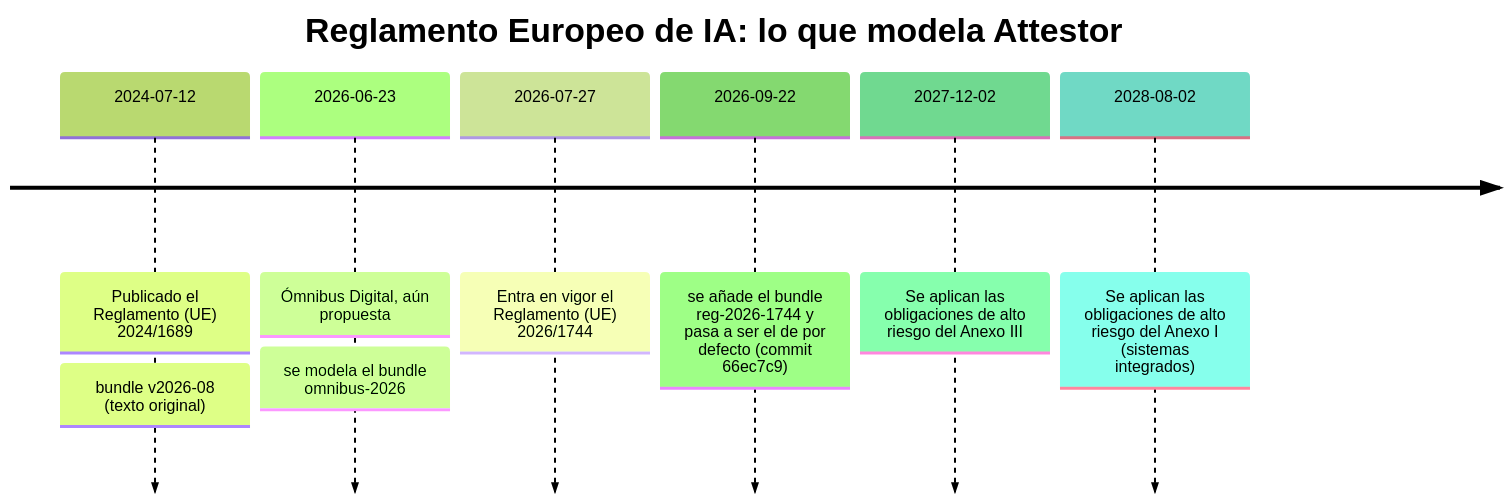
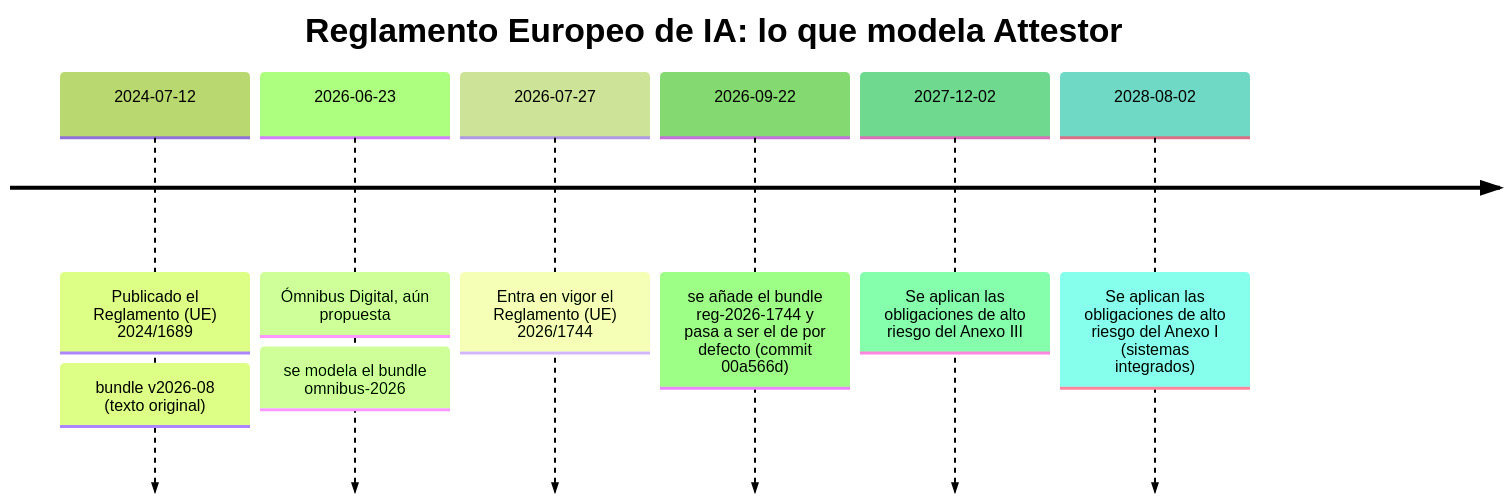
One commit to marcosmatalab/attestor changed the fourth of 4 diagrams in README.es.md. Above: the diagram before and after it, drawn with Mermaid (forest theme). The commit also changed other lines of this file and 7 other files, not shown here.

````diff
--- a/README.es.md
+++ b/README.es.md
@@ -282,10 +282,10 @@
 ```mermaid
 timeline
     title Reglamento Europeo de IA: lo que modela Attestor
     2024-07-12 : Publicado el Reglamento (UE) 2024/1689 : bundle v2026-08 (texto original)
     2026-06-23 : Ómnibus Digital, aún propuesta : se modela el bundle omnibus-2026
     2026-07-27 : Entra en vigor el Reglamento (UE) 2026/1744
-    2026-09-22 : se añade el bundle reg-2026-1744 y pasa a ser el de por defecto (commit 66ec7c9)
+    2026-09-22 : se añade el bundle reg-2026-1744 y pasa a ser el de por defecto (commit 00a566d)
     2027-12-02 : Se aplican las obligaciones de alto riesgo del Anexo III
     2028-08-02 : Se aplican las obligaciones de alto riesgo del Anexo I (sistemas integrados)
 ```
````
